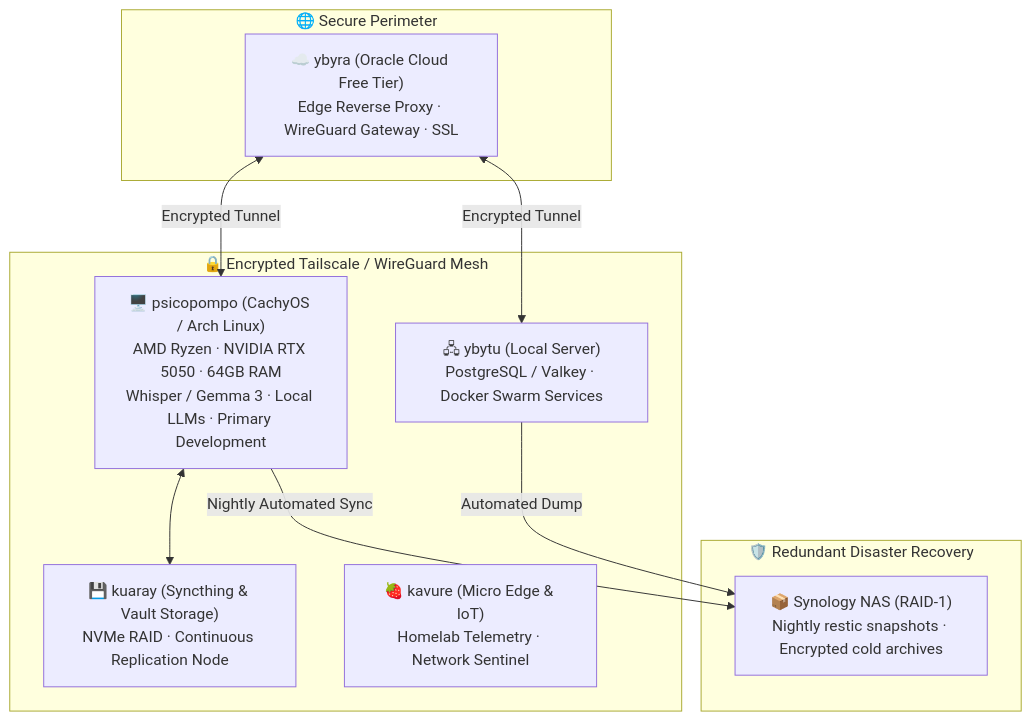
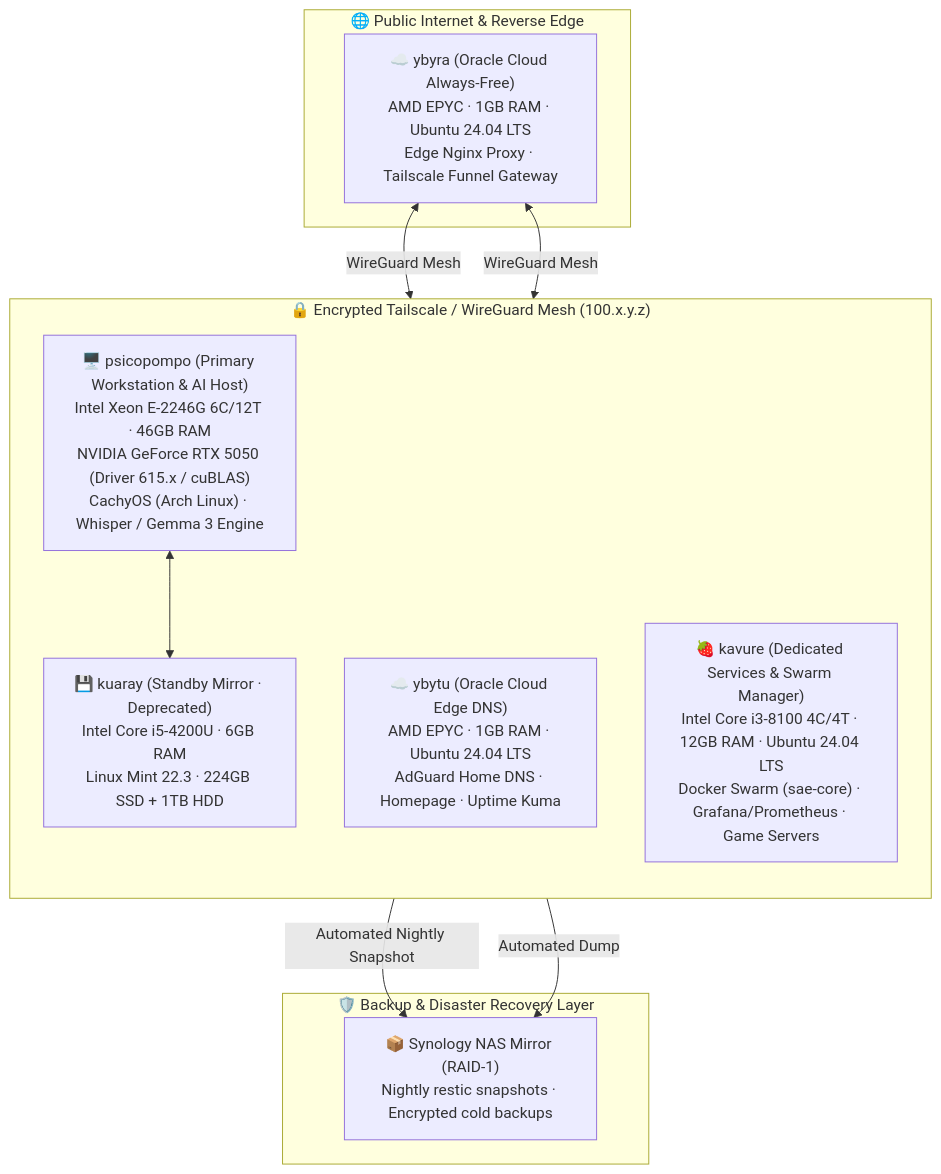
One commit to ceduardorodrig/ceduardorodrig changed the diagram in README.md. Above: the diagram before and after it, drawn with Mermaid. The commit also changed other lines of this file, not shown here.

Commit message:
docs: modernize Sumænimá Hub v3.1.0 100% Rust architecture and homelab specs

````diff
--- a/README.md
+++ b/README.md
@@ -189,23 +182,28 @@
 ```mermaid
 flowchart TD
-    subgraph WAN ["🌐 Secure Perimeter"]
-        YBYRA["☁️ ybyra (Oracle Cloud Free Tier)<br/>Edge Reverse Proxy · WireGuard Gateway · SSL"]
+    subgraph WAN ["🌐 Public Internet & Reverse Edge"]
+        YBYRA["☁️ ybyra (Oracle Cloud Always-Free)<br/>AMD EPYC · 1GB RAM · Ubuntu 24.04 LTS<br/>Edge Nginx Proxy · Tailscale Funnel Gateway"]
     end
 
-    subgraph MESH ["🔒 Encrypted Tailscale / WireGuard Mesh"]
-        PSICOPOMPO["🖥️ psicopompo (CachyOS / Arch Linux)<br/>AMD Ryzen · NVIDIA RTX 5050 · 64GB RAM<br/>Whisper / Gemma 3 · Local LLMs · Primary Development"]
-        YBYTU["🖧 ybytu (Local Server)<br/>PostgreSQL / Valkey · Docker Swarm Services"]
-        KUARAY["💾 kuaray (Syncthing & Vault Storage)<br/>NVMe RAID · Continuous Replication Node"]
-        KAVURE["🍓 kavure (Micro Edge & IoT)<br/>Homelab Telemetry · Network Sentinel"]
+    subgraph MESH ["🔒 Encrypted Tailscale / WireGuard Mesh (100.x.y.z)"]
+        direction TB
+
+        PSICOPOMPO["🖥️ psicopompo (Primary Workstation & AI Host)<br/>Intel Xeon E-2246G 6C/12T · 46GB RAM<br/>NVIDIA GeForce RTX 5050 (Driver 615.x / cuBLAS)<br/>CachyOS (Arch Linux) · Whisper / Gemma 3 Engine"]
+
+        YBYTU["☁️ ybytu (Oracle Cloud Edge DNS)<br/>AMD EPYC · 1GB RAM · Ubuntu 24.04 LTS<br/>AdGuard Home DNS · Homepage · Uptime Kuma"]
+
+        KAVURE["🍓 kavure (Dedicated Services & Swarm Manager)<br/>Intel Core i3-8100 4C/4T · 12GB RAM · Ubuntu 24.04 LTS<br/>Docker Swarm (sae-core) · Grafana/Prometheus · Game Servers"]
+
+        KUARAY["💾 kuaray (Standby Mirror · Deprecated)<br/>Intel Core i5-4200U · 6GB RAM<br/>Linux Mint 22.3 · 224GB SSD + 1TB HDD"]
     end
 
-    subgraph BACKUP ["🛡️ Redundant Disaster Recovery"]
-        NAS["📦 Synology NAS (RAID-1)<br/>Nightly restic snapshots · Encrypted cold archives"]
+    subgraph STORAGE ["🛡️ Backup & Disaster Recovery Layer"]
+        NAS["📦 Synology NAS Mirror (RAID-1)<br/>Nightly restic snapshots · Encrypted cold backups"]
     end
 
-    YBYRA <-->|Encrypted Tunnel| PSICOPOMPO
-    YBYRA <-->|Encrypted Tunnel| YBYTU
+    YBYRA <-->|WireGuard Mesh| PSICOPOMPO
+    YBYRA <-->|WireGuard Mesh| KAVURE
     PSICOPOMPO <--> KUARAY
-    PSICOPOMPO -->|Nightly Automated Sync| NAS
-    YBYTU -->|Automated Dump| NAS
+    PSICOPOMPO -->|Automated Nightly Snapshot| NAS
+    KAVURE -->|Automated Dump| NAS
 ```
````
